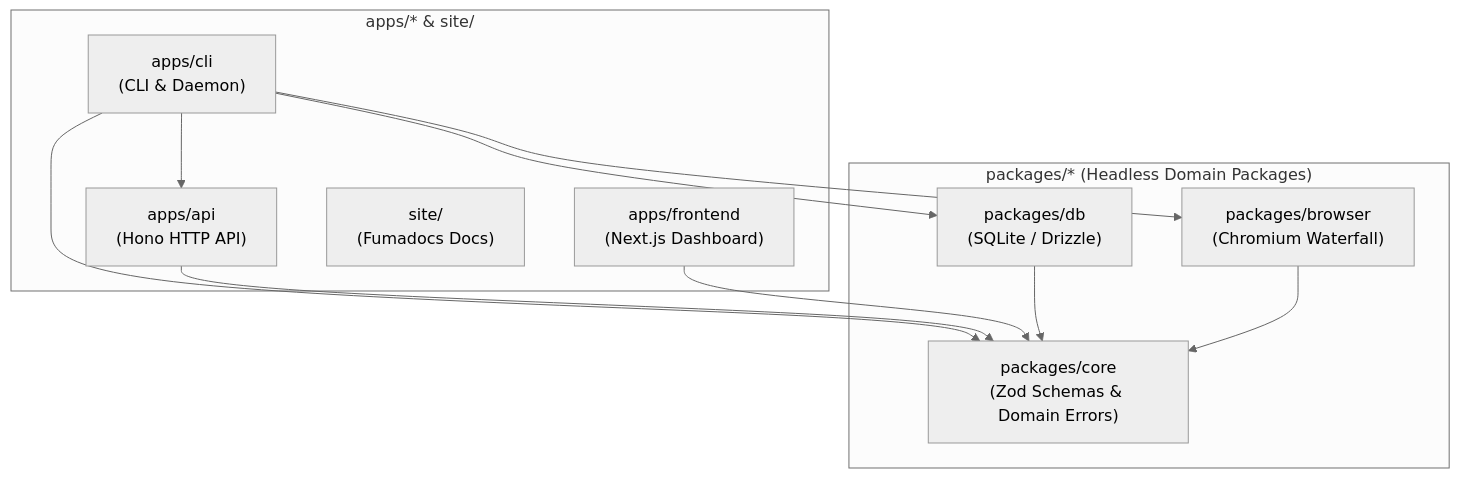
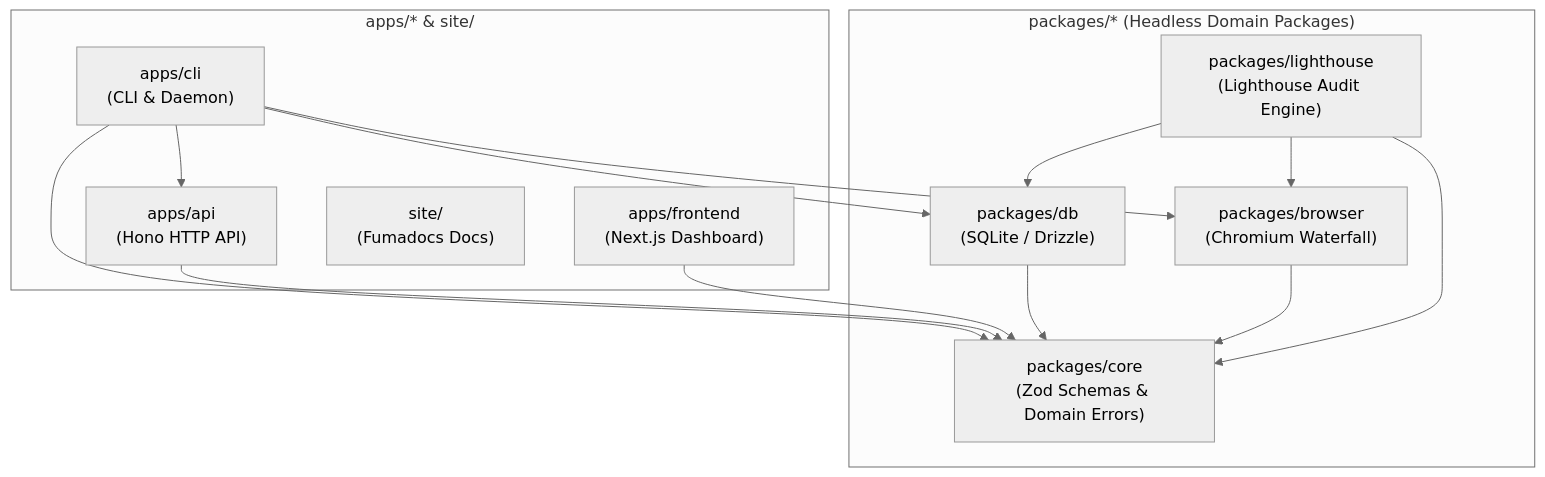
The diagram in docs/architecture/monorepo-and-cli.md (ahmedhanye/devtools), drawn with Mermaid (neutral theme) before and after one commit. The commit also changed other lines of this file and 39 other files, not shown here.

First line of the commit message:
feat(lighthouse): add core audit engine and persistence foundation (#96)

````diff
--- a/docs/architecture/monorepo-and-cli.md
+++ b/docs/architecture/monorepo-and-cli.md
@@ -28,24 +29,28 @@
 ```mermaid
 graph TD
   subgraph Applications ["apps/* & site/"]
     CLI["apps/cli<br/>(CLI & Daemon)"]
     API["apps/api<br/>(Hono HTTP API)"]
     Frontend["apps/frontend<br/>(Next.js Dashboard)"]
     Site["site/<br/>(Fumadocs Docs)"]
   end
 
   subgraph Packages ["packages/* (Headless Domain Packages)"]
     Browser["packages/browser<br/>(Chromium Waterfall)"]
     DB["packages/db<br/>(SQLite / Drizzle)"]
     Core["packages/core<br/>(Zod Schemas & Domain Errors)"]
+    Lighthouse["packages/lighthouse<br/>(Lighthouse Audit Engine)"]
   end
 
   CLI --> API
   CLI --> Core
   CLI --> DB
   CLI --> Browser
   API --> Core
   Frontend --> Core
   DB --> Core
   Browser --> Core
+  Lighthouse --> Core
+  Lighthouse --> DB
+  Lighthouse --> Browser
 ```
````
